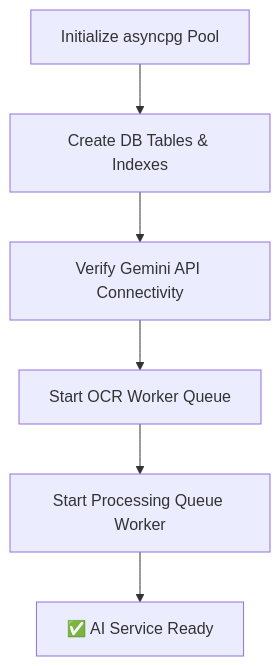
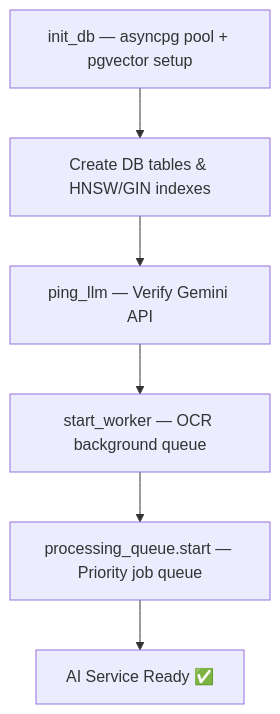
One commit to Addyy-07/CapitalScale changed the third of 5 diagrams in project_report.md. Above: the diagram before and after it, drawn with Mermaid. The commit also changed other lines of this file and 3 other files, not shown here.

````diff
--- a/project_report.md
+++ b/project_report.md
@@ -312,8 +343,8 @@
 ```mermaid
 graph TD
-    A[Initialize asyncpg Pool] --> B[Create DB Tables & Indexes]
-    B --> C[Verify Gemini API Connectivity]
-    C --> D[Start OCR Worker Queue]
-    D --> E[Start Processing Queue Worker]
-    E --> F["✅ AI Service Ready"]
+    A[init_db — asyncpg pool + pgvector setup] --> B[Create DB tables & HNSW/GIN indexes]
+    B --> C[ping_llm — Verify Gemini API]
+    C --> D[start_worker — OCR background queue]
+    D --> E[processing_queue.start — Priority job queue]
+    E --> F[AI Service Ready ✅]
 ```
````
